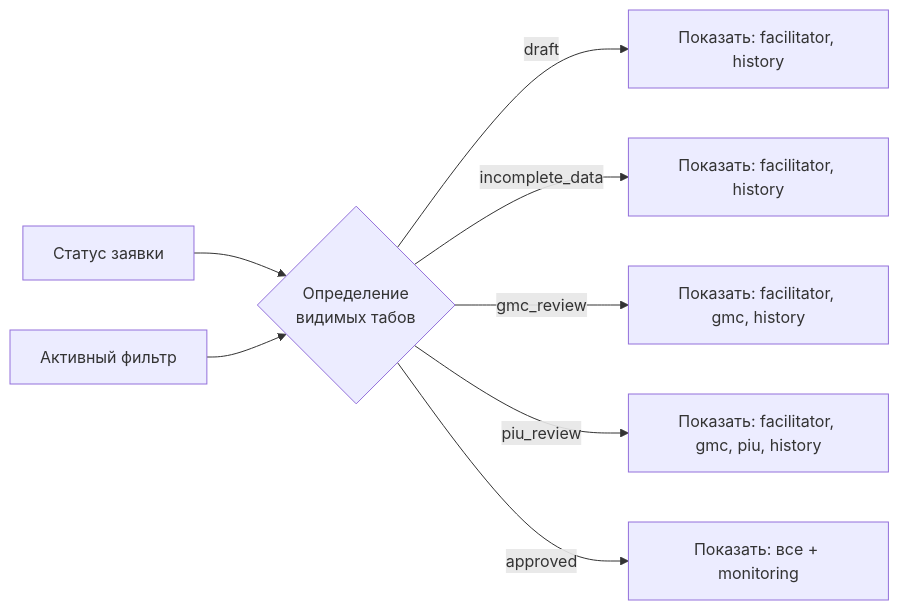
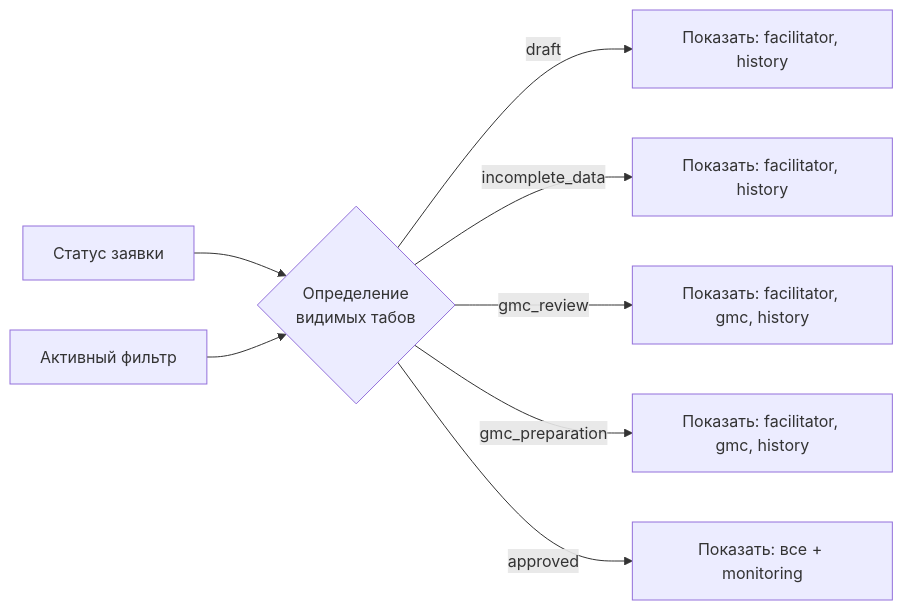
One commit to firka-kh/eip-test changed the fourth of 6 diagrams in docs/UI-GUIDE.md. Above: the diagram before and after it, drawn with Mermaid. The commit also changed other lines of this file and 51 other files, not shown here.

````diff
--- a/docs/UI-GUIDE.md
+++ b/docs/UI-GUIDE.md
@@ -259,11 +255,11 @@
 ```mermaid
 flowchart LR
     A[Статус заявки] --> B{Определение<br/>видимых табов}
     C[Активный фильтр] --> B
     
     B -->|draft| D["Показать: facilitator, history"]
     B -->|incomplete_data| D2["Показать: facilitator, history"]
     B -->|gmc_review| E["Показать: facilitator, gmc, history"]
-    B -->|piu_review| F["Показать: facilitator, gmc, piu, history"]
+    B -->|gmc_preparation| F["Показать: facilitator, gmc, history"]
     B -->|approved| G["Показать: все + monitoring"]
 ```
````
